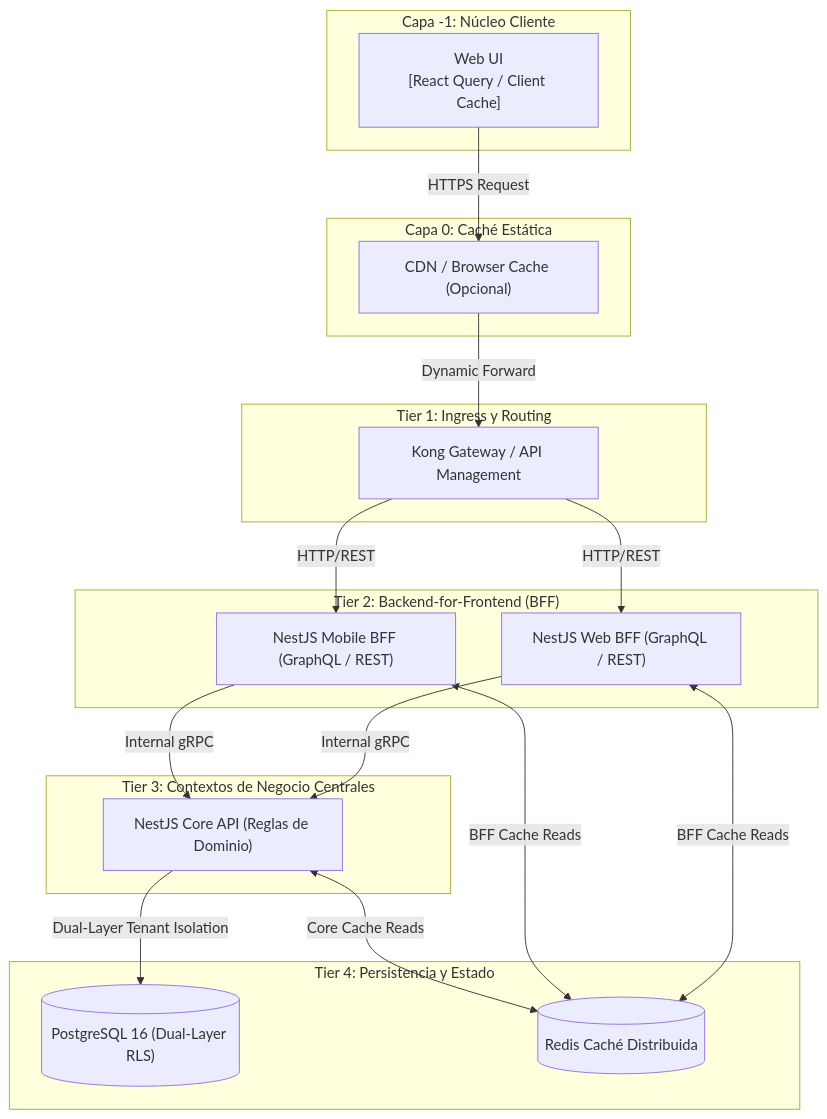
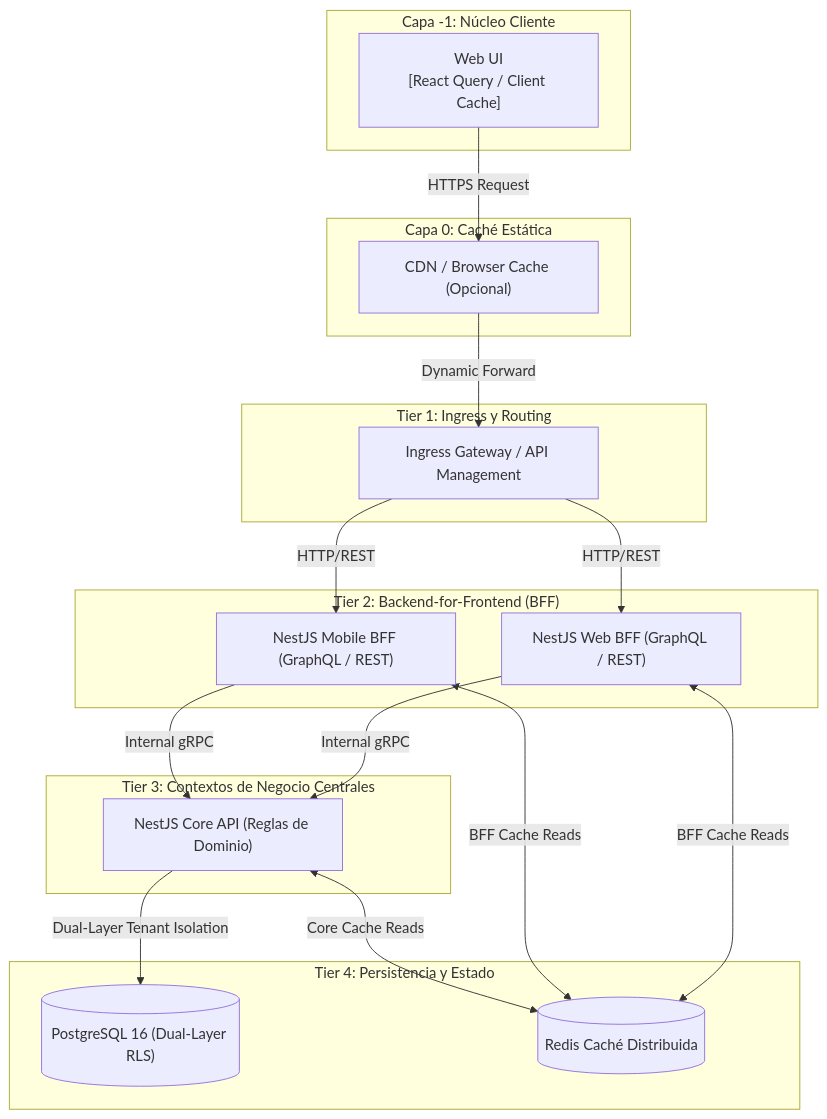
The second of 3 diagrams in estandar/reference/architecture/blueprints/especificacion-topologia-c4.es.md (unimar-peru/unimar-arch-vendors), drawn with Mermaid before and after one commit. The commit also changed other lines of this file and 27 other files, not shown here.

Commit message:
docs: replace Kong with Ingress across architecture docs and ADRs

````diff
--- a/estandar/reference/architecture/blueprints/especificacion-topologia-c4.es.md
+++ b/estandar/reference/architecture/blueprints/especificacion-topologia-c4.es.md
@@ -56,42 +56,42 @@
 ```mermaid
 graph TD
  subgraph ClientLayer["Capa -1: Núcleo Cliente"]
  WebClient["Web UI\n[React Query / Client Cache]"]
  end
 
  subgraph PublicEdge["Capa 0: Caché Estática"]
  CDN["CDN / Browser Cache (Opcional)"]
  end
 
  subgraph EntryLayer["Tier 1: Ingress y Routing"]
- KongGateway["Kong Gateway / API Management"]
+ IngressGateway["Ingress Gateway / API Management"]
  end
 
  subgraph BFFLayer["Tier 2: Backend-for-Frontend (BFF)"]
  WebBFF["NestJS Web BFF (GraphQL / REST)"]
  MobileBFF["NestJS Mobile BFF (GraphQL / REST)"]
  end
 
  subgraph ApplicationLayer["Tier 3: Contextos de Negocio Centrales"]
  MainAPI["NestJS Core API (Reglas de Dominio)"]
  end
 
  subgraph StorageLayer["Tier 4: Persistencia y Estado"]
  PostgresSQL[("PostgreSQL 16 (Dual-Layer RLS)")]
  RedisCache[("Redis Caché Distribuida")]
  end
 
  WebClient -->|HTTPS Request| CDN
- CDN -->|Dynamic Forward| KongGateway
- KongGateway -->|HTTP/REST| WebBFF
- KongGateway -->|HTTP/REST| MobileBFF
+ CDN -->|Dynamic Forward| IngressGateway
+ IngressGateway -->|HTTP/REST| WebBFF
+ IngressGateway -->|HTTP/REST| MobileBFF
 
  WebBFF <-->|BFF Cache Reads| RedisCache
  WebBFF -->|Internal gRPC| MainAPI
 
  MobileBFF <-->|BFF Cache Reads| RedisCache
  MobileBFF -->|Internal gRPC| MainAPI
 
  MainAPI -->|Dual-Layer Tenant Isolation| PostgresSQL
  MainAPI <-->|Core Cache Reads| RedisCache
 ```
````
